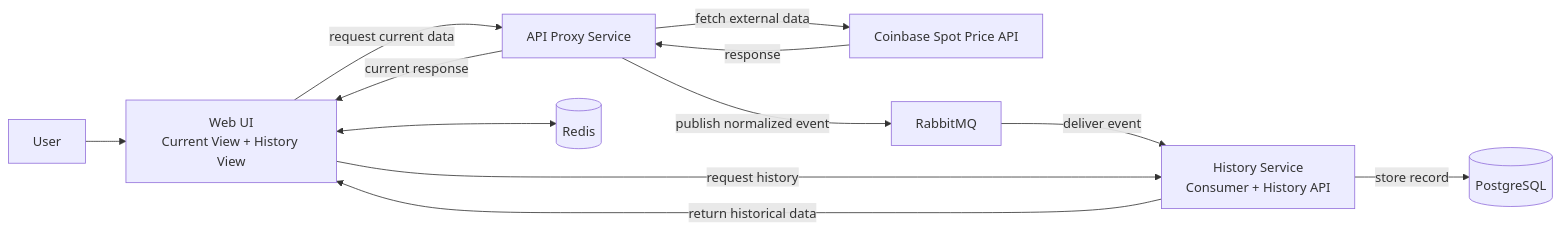
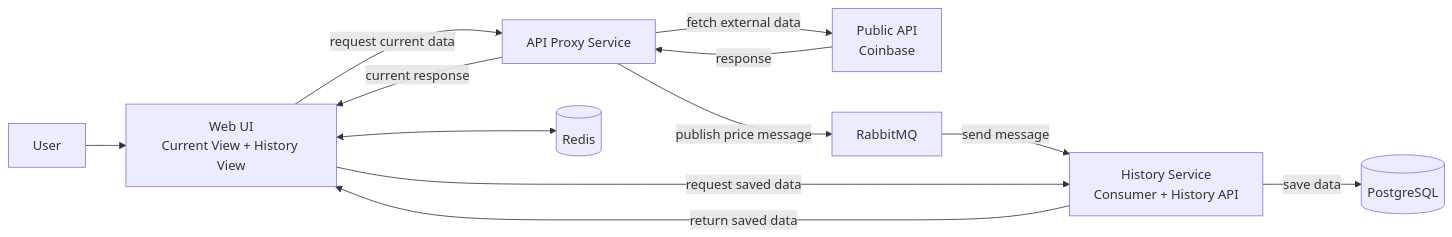
Before and after one commit to ua-academy-projects/coin-ops: the diagram in README.md, drawn with Mermaid.

Commit message:
fixing diagram

````diff
--- a/README.md
+++ b/README.md
@@ -15,23 +15,23 @@
 ```mermaid
 flowchart LR
     User[User]
     UI[Web UI<br/>Current View + History View]
     Proxy[API Proxy Service]
-    Coinbase[Coinbase Spot Price API]
+    Coinbase[Public API<br/>Coinbase]
     Rabbit[RabbitMQ]
     History[History Service<br/>Consumer + History API]
     Postgres[(PostgreSQL)]
     Redis[(Redis)]
 
     User --> UI
     UI -- request current data --> Proxy
     Proxy -- fetch external data --> Coinbase
     Coinbase -- response --> Proxy
     Proxy -- current response --> UI
-    Proxy -- publish normalized event --> Rabbit
-    Rabbit -- deliver event --> History
-    History -- store record --> Postgres
-    UI -- request history --> History
-    History -- return historical data --> UI
+    Proxy -- publish price message --> Rabbit
+    Rabbit -- send message --> History
+    History -- save data --> Postgres
+    UI -- request saved data --> History
+    History -- return saved data --> UI
     UI <--> Redis
 ```
````
